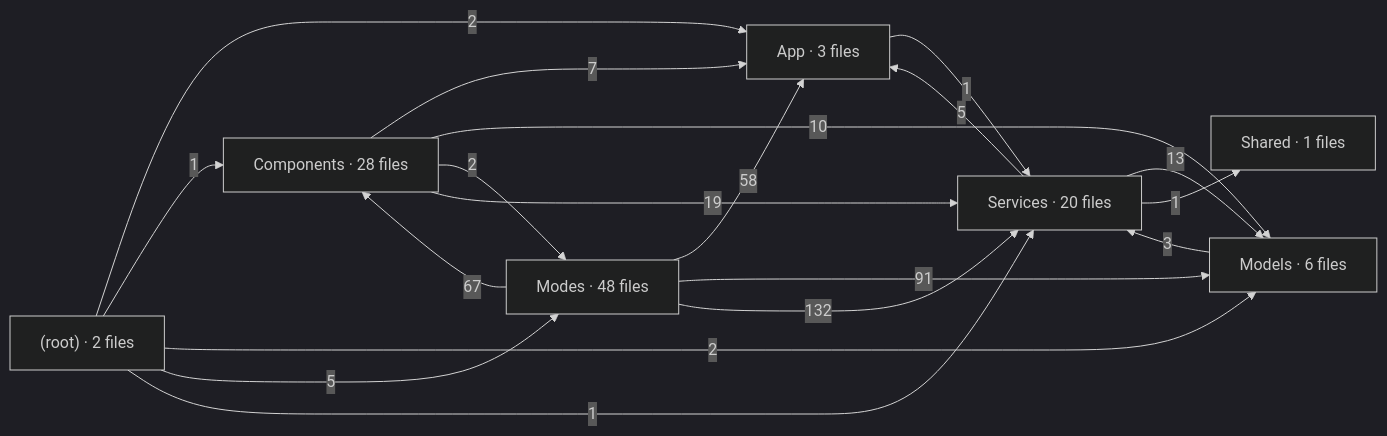
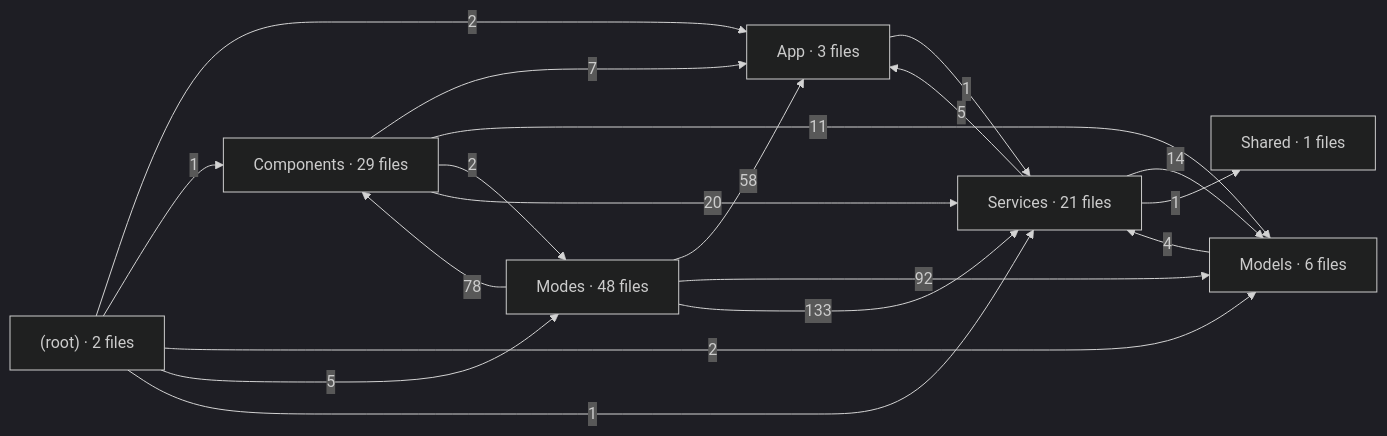
Before and after one commit to krocx/spatial-tapgging-app: the diagram in docs/architecture/deps-app.mmd, drawn with Mermaid (dark theme). The commit also changed 24 other files, not shown here.

```diff
--- a/docs/architecture/deps-app.mmd
+++ b/docs/architecture/deps-app.mmd
@@ -1,28 +1,28 @@
 %% generated by scripts/arch-graph.mjs - do not edit
 flowchart LR
   %% ios-app - type references between folders (edge label = number of references)
   F__["(root) · 2 files"]
   F_App["App · 3 files"]
-  F_Components["Components · 28 files"]
+  F_Components["Components · 29 files"]
   F_Models["Models · 6 files"]
   F_Modes["Modes · 48 files"]
-  F_Services["Services · 20 files"]
+  F_Services["Services · 21 files"]
   F_Shared["Shared · 1 files"]
   F__ -->|2| F_App
   F__ -->|1| F_Components
   F__ -->|2| F_Models
   F__ -->|5| F_Modes
   F__ -->|1| F_Services
   F_App -->|1| F_Services
   F_Components -->|7| F_App
-  F_Components -->|10| F_Models
+  F_Components -->|11| F_Models
   F_Components -->|2| F_Modes
-  F_Components -->|19| F_Services
-  F_Models -->|3| F_Services
+  F_Components -->|20| F_Services
+  F_Models -->|4| F_Services
   F_Modes -->|58| F_App
-  F_Modes -->|67| F_Components
-  F_Modes -->|91| F_Models
-  F_Modes -->|132| F_Services
+  F_Modes -->|78| F_Components
+  F_Modes -->|92| F_Models
+  F_Modes -->|133| F_Services
   F_Services -->|5| F_App
-  F_Services -->|13| F_Models
+  F_Services -->|14| F_Models
   F_Services -->|1| F_Shared
```
